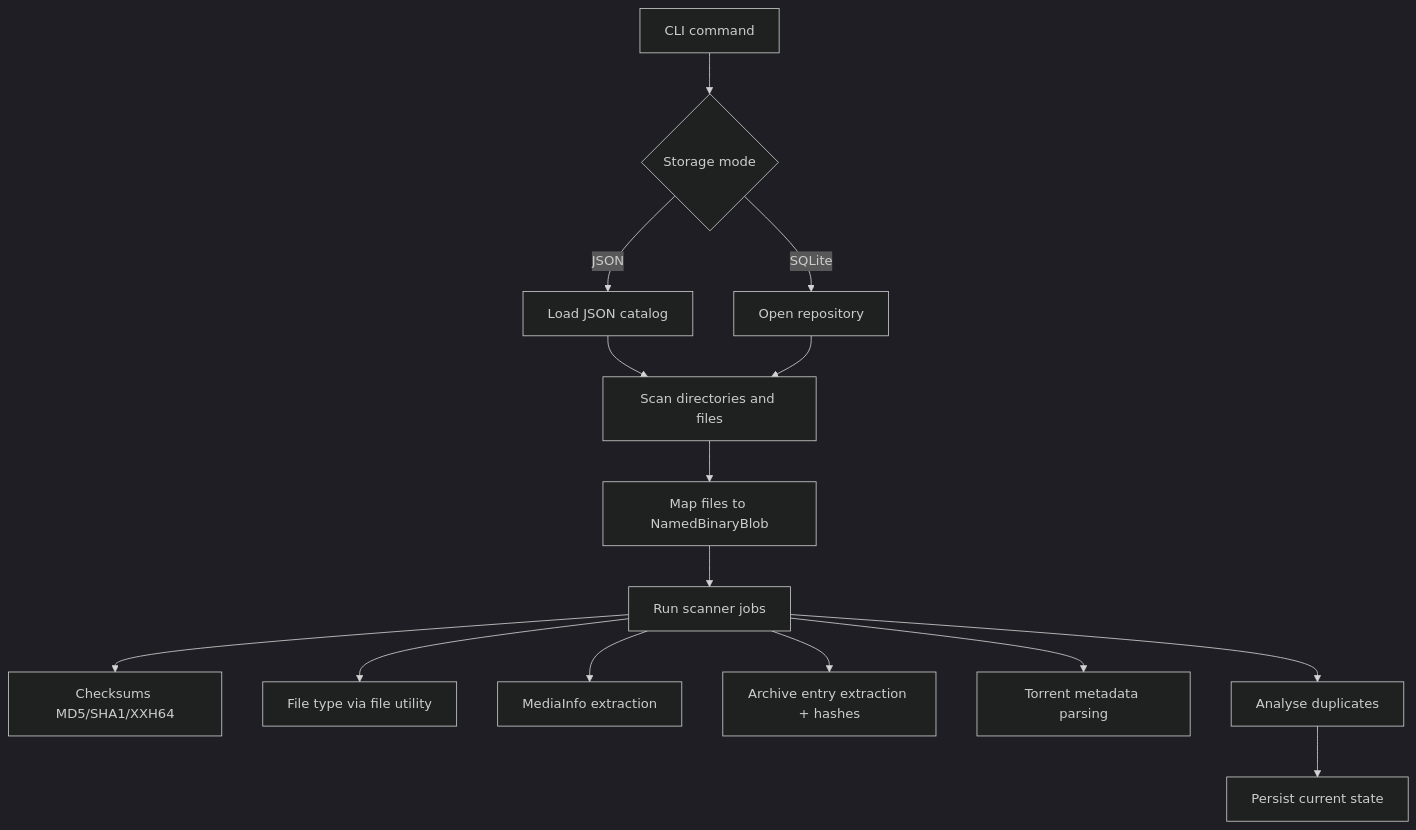
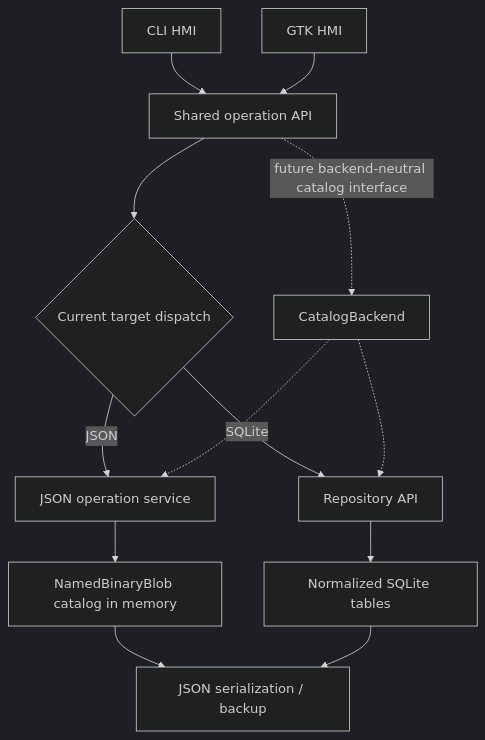
Before and after one commit to cschlote/DosierSkanilo: the first of 3 diagrams in docs/ARCHITECTURE.md, drawn with Mermaid (dark theme). The commit also changed other lines of this file and 23 other files, not shown here.

````diff
--- a/docs/ARCHITECTURE.md
+++ b/docs/ARCHITECTURE.md
@@ -8,17 +9,15 @@
 ```mermaid
 flowchart TD
-    A[CLI command] --> B{Storage mode}
-    B -->|JSON| C[Load JSON catalog]
-    B -->|SQLite| D[Open repository]
-    C --> E[Scan directories and files]
-    D --> E
-    E --> F[Map files to NamedBinaryBlob]
-    F --> G[Run scanner jobs]
-    G --> G1[Checksums MD5/SHA1/XXH64]
-    G --> G2[File type via file utility]
-    G --> G3[MediaInfo extraction]
-    G --> G4[Archive entry extraction + hashes]
-    G --> G5[Torrent metadata parsing]
-    G --> H[Analyse duplicates]
-    H --> I[Persist current state]
+    CLI[CLI HMI] --> O[Shared operation API]
+    GTK[GTK HMI] --> O
+    O --> F{Current target dispatch}
+    F -->|JSON| J[JSON operation service]
+    F -->|SQLite| R[Repository API]
+    J --> JM[NamedBinaryBlob catalog in memory]
+    R --> S[Normalized SQLite tables]
+    JM --> W[JSON serialization / backup]
+    S --> W
+    O -. future backend-neutral catalog interface .-> C[CatalogBackend]
+    C -.-> J
+    C -.-> R
 ```
````
